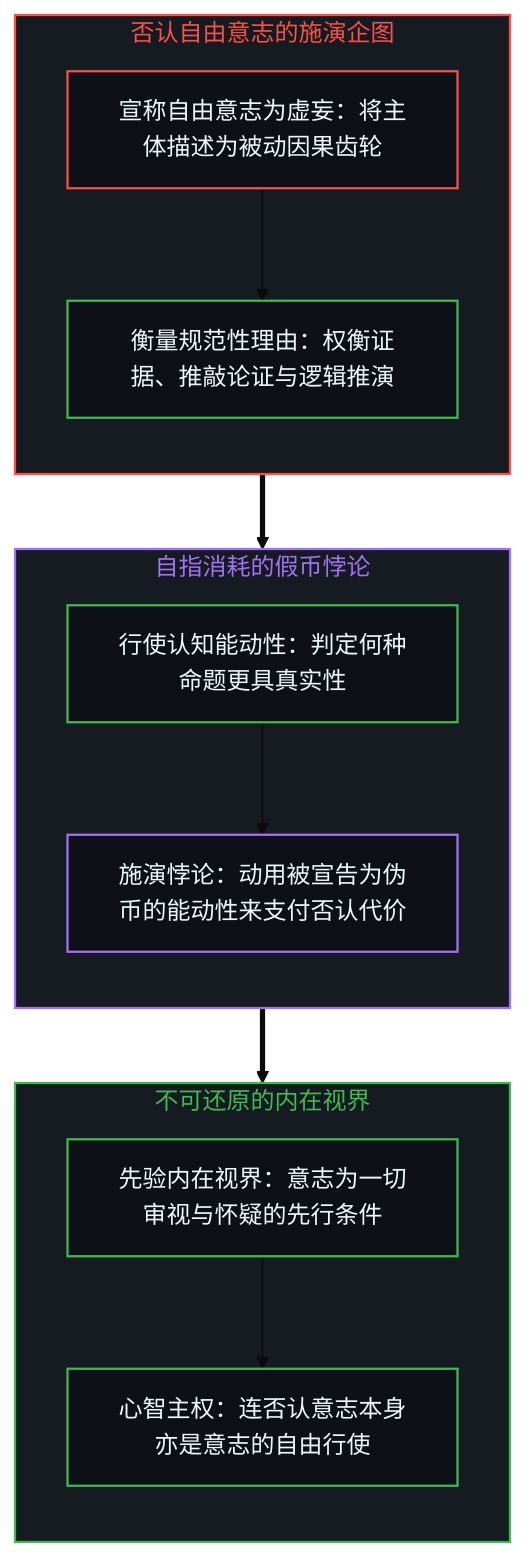
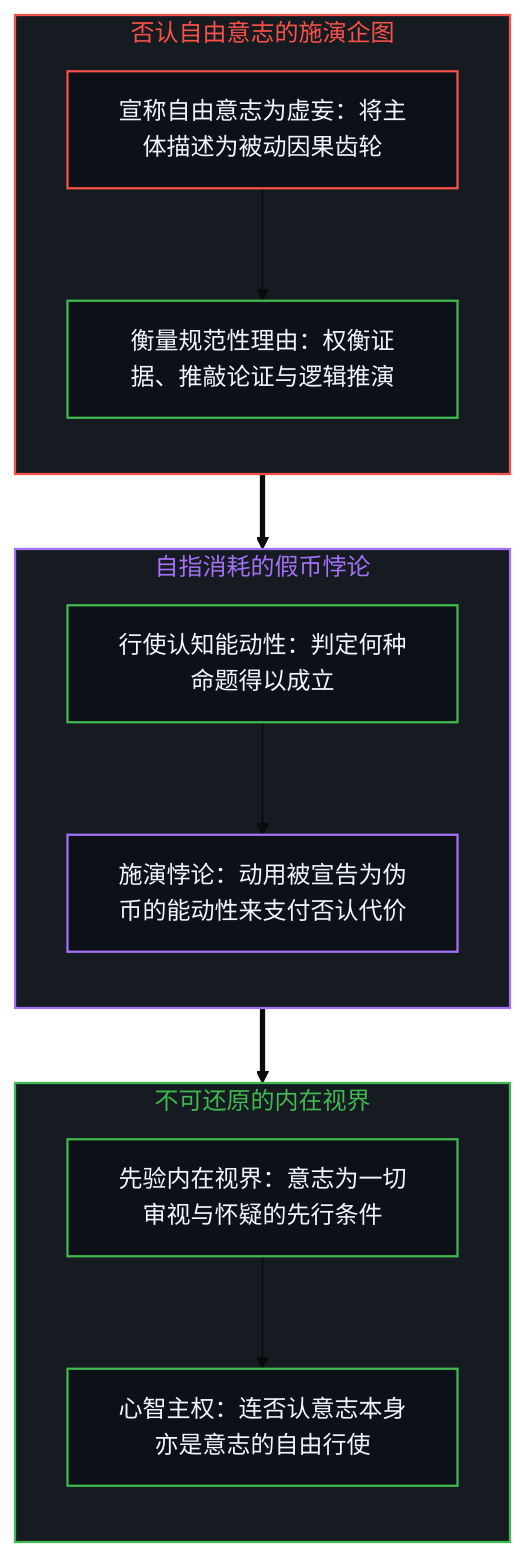
One commit to powerpig99/not-a-toe changed the third of 4 diagrams in content/posts/the-blind-spot-of-the-frame.md. Above: the diagram before and after it, drawn with Mermaid (base theme). The commit also changed other lines of this file and 6 other files, not shown here.

````diff
--- a/content/posts/the-blind-spot-of-the-frame.md
+++ b/content/posts/the-blind-spot-of-the-frame.md
@@ -127,37 +117,32 @@
 ```mermaid
 flowchart TD
     classDef default fill:#0d1117,stroke:#30363d,stroke-width:1px,color:#f0f6fc;
     classDef mind fill:#0d1117,stroke:#3fb950,stroke-width:1.5px,color:#f0f6fc;
     classDef warn fill:#0d1117,stroke:#d29922,stroke-width:1.5px,color:#f0f6fc;
     classDef fail fill:#0d1117,stroke:#f85149,stroke-width:1.5px,color:#f0f6fc;
     classDef model fill:#0d1117,stroke:#58a6ff,stroke-width:1.5px,color:#f0f6fc;
     classDef loop fill:#0d1117,stroke:#a371f7,stroke-width:1.5px,color:#f0f6fc;
-
     subgraph S_Denial ["否认自由意志的施演企图"]
         direction TB
         DenyClaim["宣称自由意志为虚妄：将主体描述为被动因果齿轮"]:::fail
         NormativeWeighing["衡量规范性理由：权衡证据、推敲论证与逻辑推演"]:::mind
         DenyClaim --> NormativeWeighing
     end
-
     subgraph S_Currency ["自指消耗的假币悖论"]
         direction TB
-        EpistemicAgency["行使认知能动性：判定何种命题更具真实性"]:::mind
+        EpistemicAgency["行使认知能动性：判定何种命题得以成立"]:::mind
         CounterfeitLoop["施演悖论：动用被宣告为伪币的能动性来支付否认代价"]:::loop
         EpistemicAgency --> CounterfeitLoop
     end
-
     subgraph S_Irreducible ["不可还原的内在视界"]
         direction TB
         ImmanentGround["先验内在视界：意志为一切审视与怀疑的先行条件"]:::mind
         Sovereignty["心智主权：连否认意志本身亦是意志的自由行使"]:::mind
         ImmanentGround --> Sovereignty
     end
-
     S_Denial ==> S_Currency
     S_Currency ==> S_Irreducible
-
     style S_Denial fill:#161b22,stroke:#f85149,stroke-width:1.5px,color:#f85149
     style S_Currency fill:#161b22,stroke:#a371f7,stroke-width:1.5px,color:#a371f7
     style S_Irreducible fill:#161b22,stroke:#3fb950,stroke-width:1.5px,color:#3fb950
 ```
````
